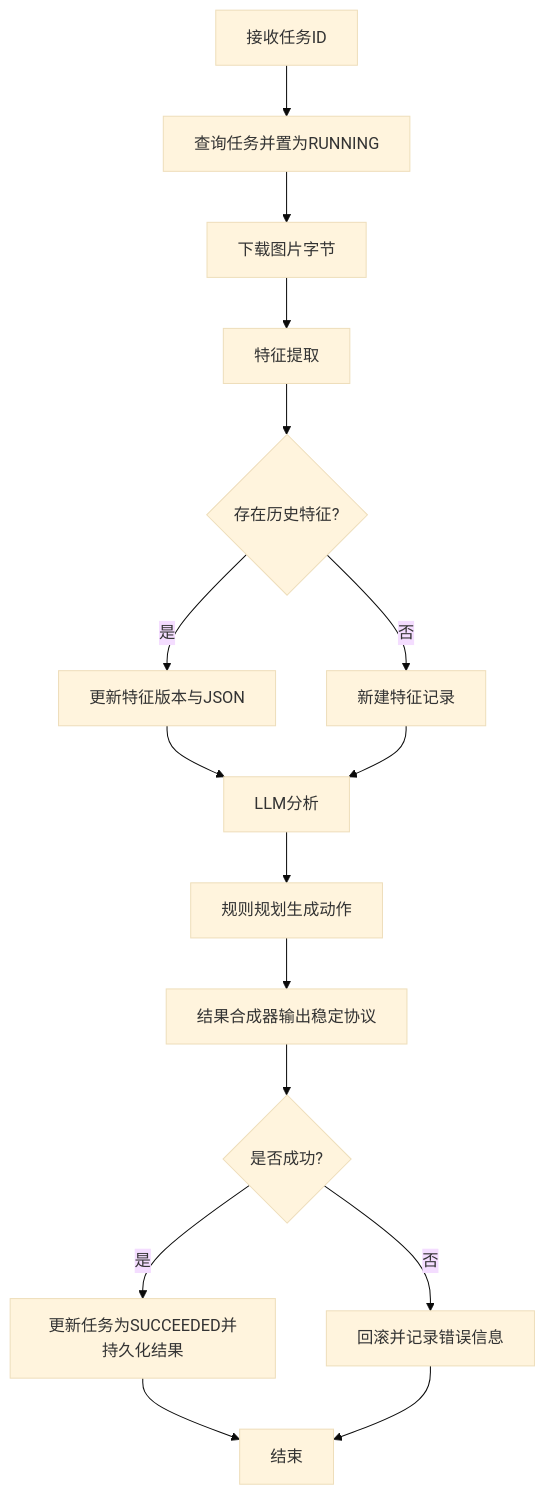
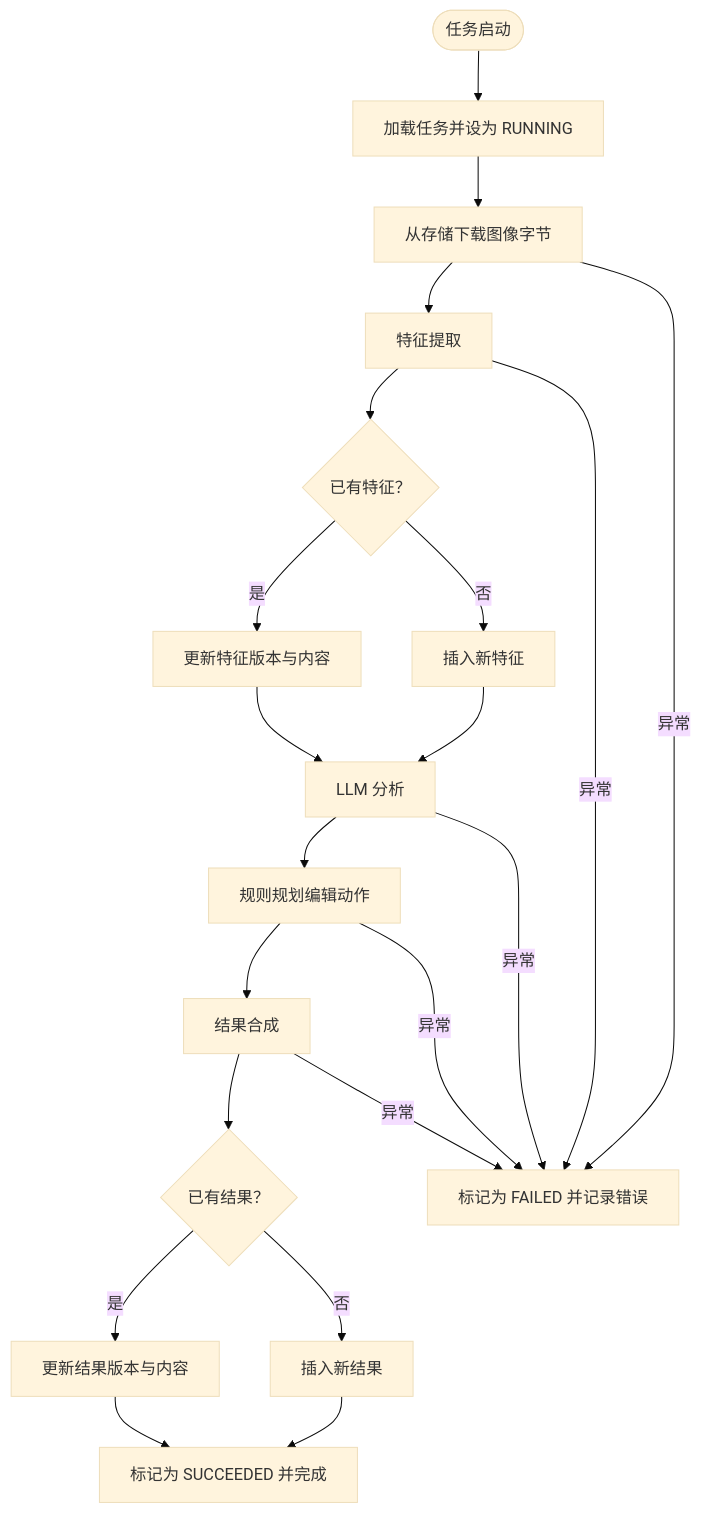
The fourth of 7 diagrams in .qoder/repowiki/zh/content/开发者指南.md (selectzhangyuan/AI-photo-coach), drawn with Mermaid (base theme) before and after one commit. The commit also changed other lines of this file and 128 other files, not shown here.

````diff
--- a/.qoder/repowiki/zh/content/开发者指南.md
+++ b/.qoder/repowiki/zh/content/开发者指南.md
@@ -215,18 +231,23 @@
 ```mermaid
 flowchart TD
-A["接收任务ID"] --> B["查询任务并置为RUNNING"]
-B --> C["下载图片字节"]
-C --> D["特征提取"]
-D --> E{"存在历史特征?"}
-E --> |是| F["更新特征版本与JSON"]
-E --> |否| G["新建特征记录"]
-F --> H["LLM分析"]
-G --> H
-H --> I["规则规划生成动作"]
-I --> J["结果合成器输出稳定协议"]
-J --> K{"是否成功?"}
-K --> |是| L["更新任务为SUCCEEDED并持久化结果"]
-K --> |否| M["回滚并记录错误信息"]
-L --> N["结束"]
-M --> N
+Start(["任务启动"]) --> LoadTask["加载任务并设为 RUNNING"]
+LoadTask --> FetchImg["从存储下载图像字节"]
+FetchImg --> Extract["特征提取"]
+Extract --> SaveFeat{"已有特征？"}
+SaveFeat --> |是| UpdateFeat["更新特征版本与内容"]
+SaveFeat --> |否| InsertFeat["插入新特征"]
+UpdateFeat --> LLM["LLM 分析"]
+InsertFeat --> LLM
+LLM --> Plan["规则规划编辑动作"]
+Plan --> Compose["结果合成"]
+Compose --> SaveRes{"已有结果？"}
+SaveRes --> |是| UpdateRes["更新结果版本与内容"]
+SaveRes --> |否| InsertRes["插入新结果"]
+UpdateRes --> Success["标记为 SUCCEEDED 并完成"]
+InsertRes --> Success
+FetchImg --> |异常| Fail["标记为 FAILED 并记录错误"]
+Extract --> |异常| Fail
+LLM --> |异常| Fail
+Plan --> |异常| Fail
+Compose --> |异常| Fail
 ```
````
